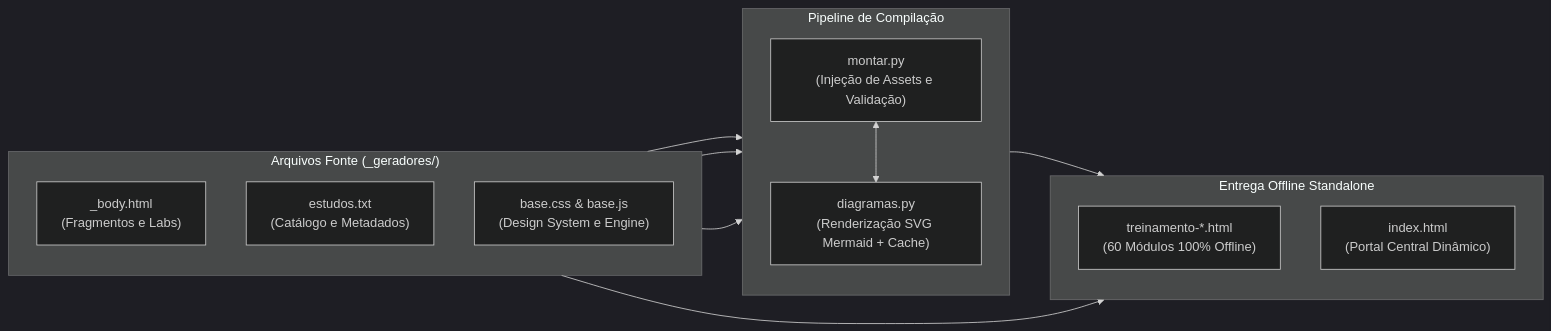
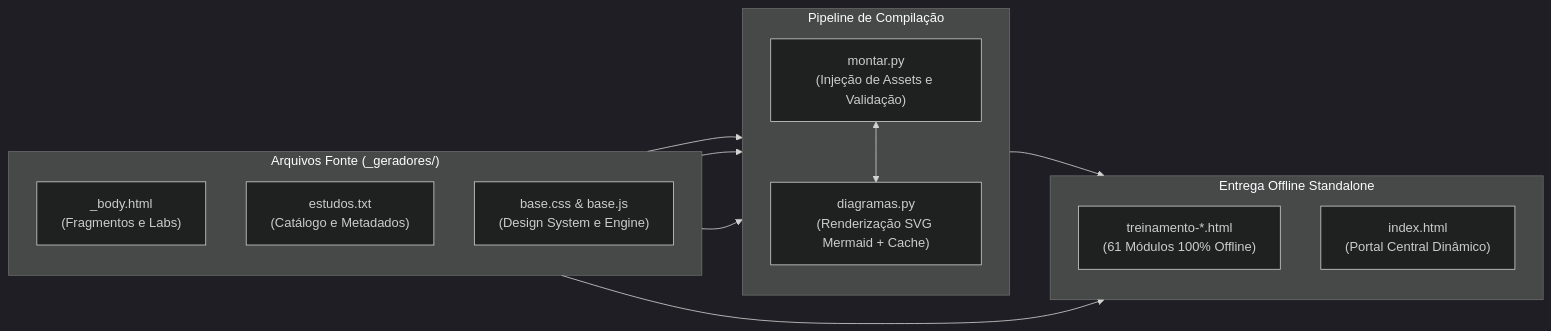
Before and after one commit to josemauromani/estudos-cyberseguranca: the second of 2 diagrams in README.md, drawn with Mermaid (dark theme). The commit also changed other lines of this file and 78 other files, not shown here.

````diff
--- a/README.md
+++ b/README.md
@@ -214,28 +215,28 @@
 ```mermaid
 flowchart LR
     subgraph Fontes["Arquivos Fonte (_geradores/)"]
         direction TB
         B["_body.html<br>(Fragmentos e Labs)"]
         E["estudos.txt<br>(Catálogo e Metadados)"]
         A["base.css & base.js<br>(Design System e Engine)"]
     end
 
     subgraph Compilacao["Pipeline de Compilação"]
         direction TB
         M["montar.py<br>(Injeção de Assets e Validação)"]
         D["diagramas.py<br>(Renderização SVG Mermaid + Cache)"]
         M <--> D
     end
 
     subgraph Saida["Entrega Offline Standalone"]
         direction TB
-        H["treinamento-*.html<br>(60 Módulos 100% Offline)"]
+        H["treinamento-*.html<br>(61 Módulos 100% Offline)"]
         I["index.html<br>(Portal Central Dinâmico)"]
     end
 
     B --> M
     E --> M
     A --> M
     M --> H
     E --> I
 ```
````
